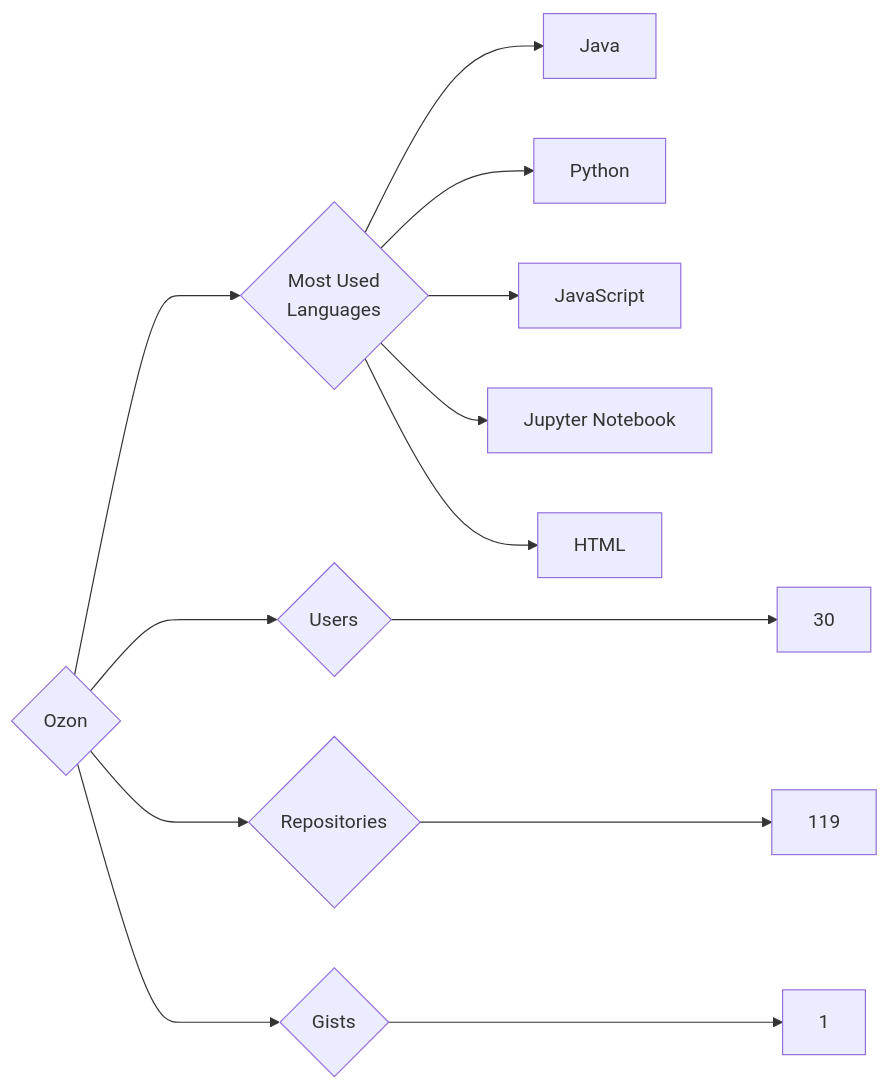
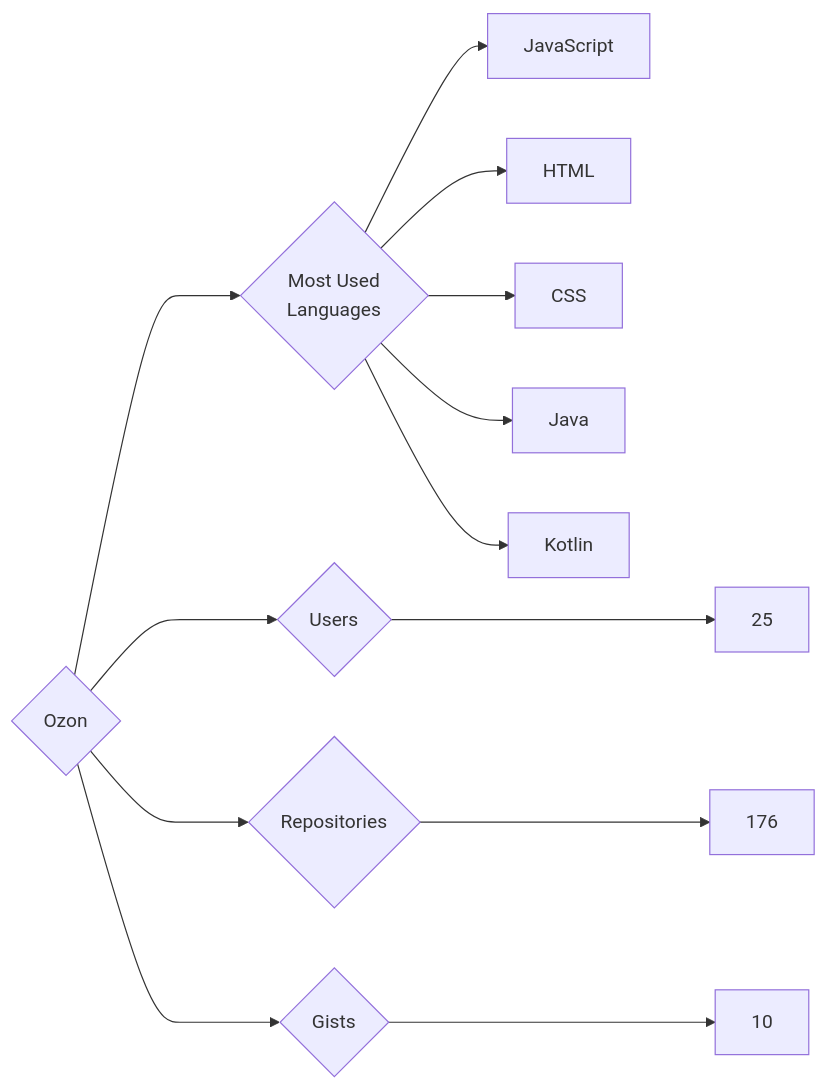
One commit to trickest/insiders changed the diagram in targets/Ozon/README.md. Above: the diagram before and after it, drawn with Mermaid. The commit also changed 912 other files, not shown here.

````diff
--- a/targets/Ozon/README.md
+++ b/targets/Ozon/README.md
@@ -3,13 +3,13 @@
 ```mermaid
 graph LR
 COMPANY_NAME{Ozon}
-COMPANY_NAME ---> U{Users} ---> UN[30]
-COMPANY_NAME ---> R{Repositories} ---> RN[119]
-COMPANY_NAME ---> G{Gists} ---> GN[1]
+COMPANY_NAME ---> U{Users} ---> UN[25]
+COMPANY_NAME ---> R{Repositories} ---> RN[176]
+COMPANY_NAME ---> G{Gists} ---> GN[10]
 COMPANY_NAME ---> ML{Most Used<br>Languages}
+ML --> JavaScript[JavaScript]
+ML --> HTML[HTML]
+ML --> CSS[CSS]
 ML --> Java[Java]
-ML --> Python[Python]
-ML --> JavaScript[JavaScript]
-ML --> Jupyter_Notebook[Jupyter Notebook]
-ML --> HTML[HTML]
+ML --> Kotlin[Kotlin]
 ```
````
